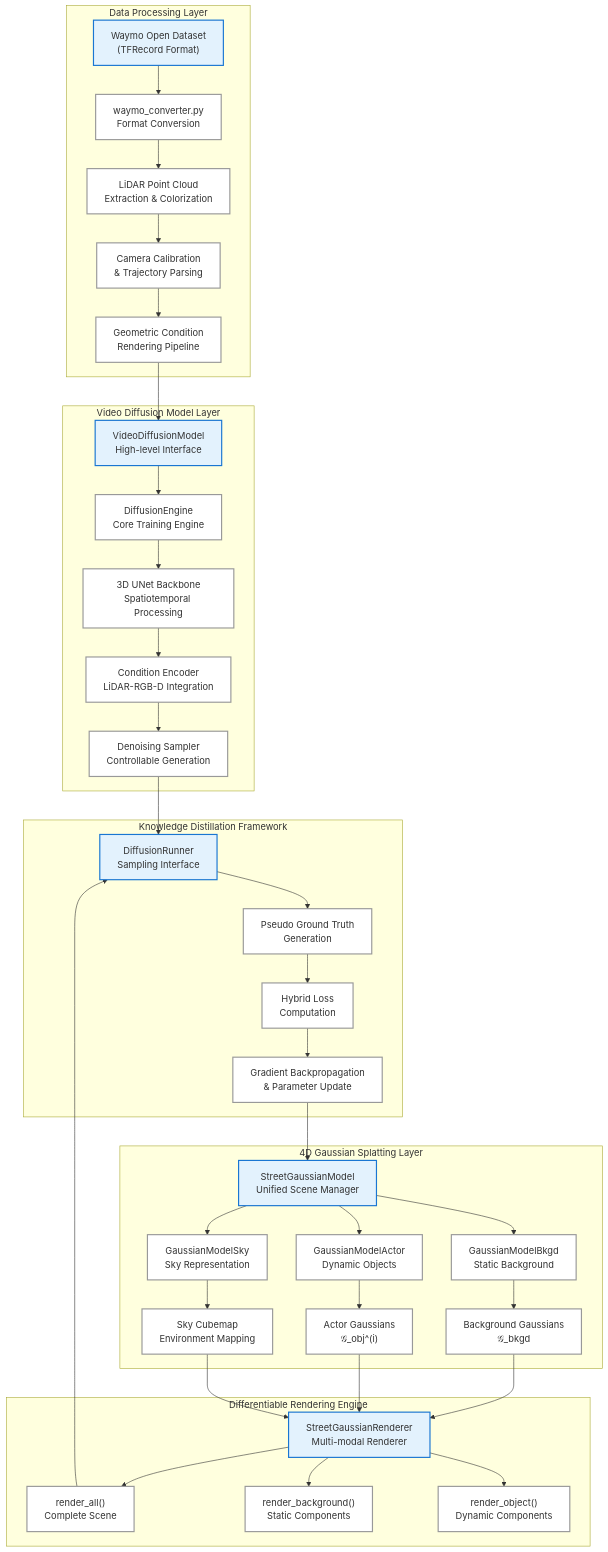
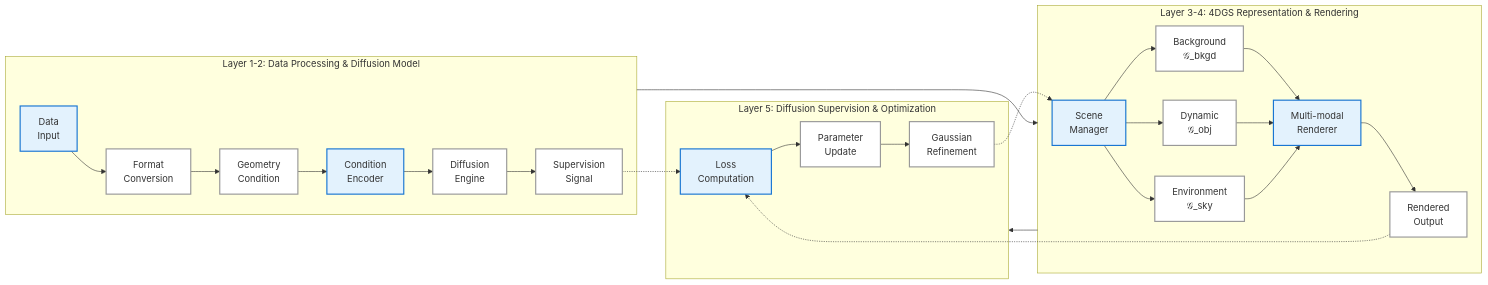
The diagram in figures/mmd/system_architecture.mmd (charles1614/thuthesis), drawn with Mermaid before and after one commit. The commit also changed 1 other file, not shown here.

Commit message:
Enhance Mermaid color guidelines and system architecture documentation. Add language and aspect ratio requirements for figures, and introduce design guidelines covering language, layout, and recommended patterns for diagram creation. Update system architecture diagram to reflect new layer structure and improve clarity in component relationships.

```diff
--- a/figures/mmd/system_architecture.mmd
+++ b/figures/mmd/system_architecture.mmd
@@ -1,48 +1,37 @@
-graph TB
-    subgraph DataLayer["Data Processing Layer"]
-        A["Waymo Open Dataset<br/>(TFRecord Format)"] --> B["waymo_converter.py<br/>Format Conversion"]
-        B --> C["LiDAR Point Cloud<br/>Extraction & Colorization"]
-        C --> D["Camera Calibration<br/>& Trajectory Parsing"]
-        D --> E["Geometric Condition<br/>Rendering Pipeline"]
+graph LR
+    subgraph Layer12["Layer 1-2: Data Processing & Diffusion Model"]
+        A["Data<br/>Input"] --> B["Format<br/>Conversion"]
+        B --> C["Geometry<br/>Condition"]
+        C --> D["Condition<br/>Encoder"]
+        D --> E["Diffusion<br/>Engine"]
+        E --> F["Supervision<br/>Signal"]
     end
     
-    subgraph DiffusionLayer["Video Diffusion Model Layer"]
-        E --> F["VideoDiffusionModel<br/>High-level Interface"]
-        F --> G["DiffusionEngine<br/>Core Training Engine"]
-        G --> H["3D UNet Backbone<br/>Spatiotemporal Processing"]
-        H --> I["Condition Encoder<br/>LiDAR-RGB-D Integration"]
-        I --> J["Denoising Sampler<br/>Controllable Generation"]
+    Layer12 --> Layer34
+    
+    subgraph Layer34["Layer 3-4: 4DGS Representation & Rendering"]
+        G["Scene<br/>Manager"] --> H["Background<br/>𝒢_bkgd"]
+        G --> I["Dynamic<br/>𝒢_obj"]
+        G --> J["Environment<br/>𝒢_sky"]
+        H --> K["Multi-modal<br/>Renderer"]
+        I --> K
+        J --> K
+        K --> L["Rendered<br/>Output"]
     end
     
-    subgraph GaussianLayer["4D Gaussian Splatting Layer"]
-        K["StreetGaussianModel<br/>Unified Scene Manager"] --> L["GaussianModelBkgd<br/>Static Background"]
-        K --> M["GaussianModelActor<br/>Dynamic Objects"]
-        K --> N["GaussianModelSky<br/>Sky Representation"]
-        L --> O["Background Gaussians<br/>𝒢_bkgd"]
-        M --> P["Actor Gaussians<br/>𝒢_obj^(i)"]
-        N --> Q["Sky Cubemap<br/>Environment Mapping"]
+    Layer34 --> Layer5
+    
+    subgraph Layer5["Layer 5: Diffusion Supervision & Optimization"]
+        M["Loss<br/>Computation"] --> N["Parameter<br/>Update"]
+        N --> O["Gaussian<br/>Refinement"]
     end
     
-    subgraph RenderLayer["Differentiable Rendering Engine"]
-        O --> R["StreetGaussianRenderer<br/>Multi-modal Renderer"]
-        P --> R
-        Q --> R
-        R --> S["render_all()<br/>Complete Scene"]
-        R --> T["render_background()<br/>Static Components"]
-        R --> U["render_object()<br/>Dynamic Components"]
-    end
-    
-    subgraph DistillationLayer["Knowledge Distillation Framework"]
-        J --> V["DiffusionRunner<br/>Sampling Interface"]
-        S --> V
-        V --> W["Pseudo Ground Truth<br/>Generation"]
-        W --> X["Hybrid Loss<br/>Computation"]
-        X --> Y["Gradient Backpropagation<br/>& Parameter Update"]
-        Y --> K
-    end
+    F -.-> M
+    L -.-> M
+    O -.-> G
     
     classDef normalStyle fill:#FFFFFF,stroke:#999999,stroke-width:2px
     classDef importantStyle fill:#E3F2FD,stroke:#1976D2,stroke-width:2px
     
-    class A,F,K,R,V importantStyle
-    class B,C,D,E,G,H,I,J,L,M,N,O,P,Q,S,T,U,W,X,Y normalStyle
+    class A,D,G,K,M importantStyle
+    class B,C,E,F,H,I,J,L,N,O normalStyle
```
